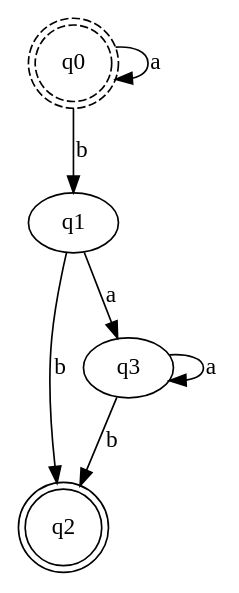
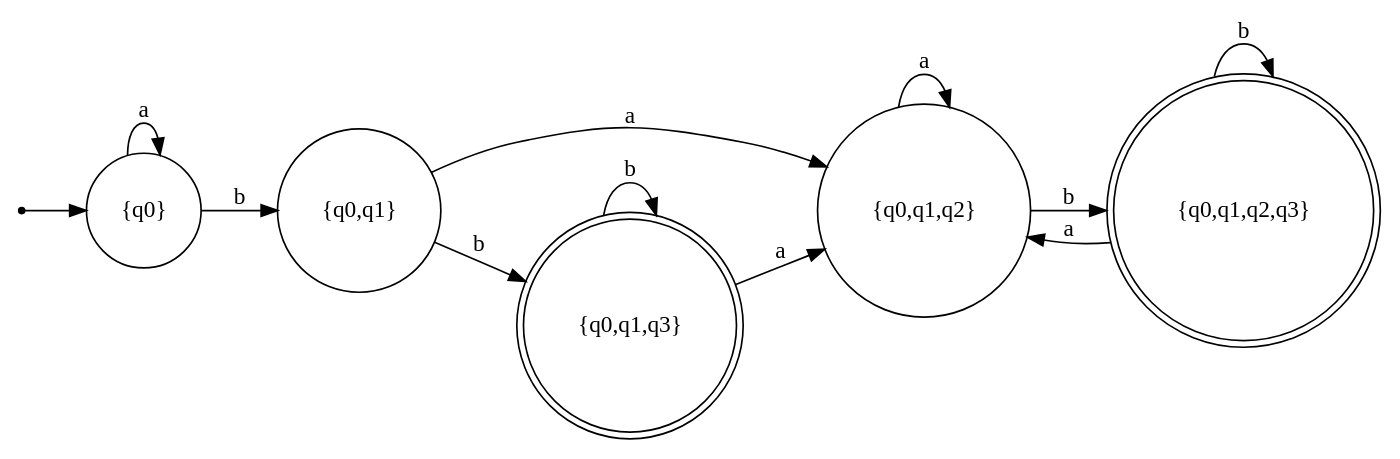
One commit to YoDineeee/DSL_Laboratory_works changed the diagram in 2-finita-automata/graph/DFA_Variant13.dot. Above: the diagram before and after it, drawn with Graphviz. The commit also changed 3 other files, not shown here.

```diff
--- a/2-finita-automata/graph/DFA_Variant13.dot
+++ b/2-finita-automata/graph/DFA_Variant13.dot
@@ -1,13 +1,31 @@
-// Finite Automaton
+
 digraph {
-	q0 [shape=doublecircle style=dashed]
-	q1
-	q2 [shape=doublecircle]
-	q3
-	q0 -> q1 [label=b]
-	q0 -> q0 [label=a]
-	q1 -> q2 [label=b]
-	q1 -> q3 [label=a]
-	q3 -> q2 [label=b]
-	q3 -> q3 [label=a]
+    rankdir=LR;
+
+    // States (some are final)
+    A [label="{q0}", shape=circle]
+    B [label="{q0,q1}", shape=circle]
+    C [label="{q0,q1,q2}", shape=circle]
+    D [label="{q0,q1,q3}", shape=doublecircle]
+    E [label="{q0,q1,q2,q3}", shape=doublecircle]
+
+    // Start
+    start [shape=point]
+    start -> A
+
+    // Transitions
+    A -> A [label="a"]
+    A -> B [label="b"]
+
+    B -> C [label="a"]
+    B -> D [label="b"]
+
+    C -> C [label="a"]
+    C -> E [label="b"]
+
+    D -> C [label="a"]
+    D -> D [label="b"]
+
+    E -> C [label="a"]
+    E -> E [label="b"]
 }
```
